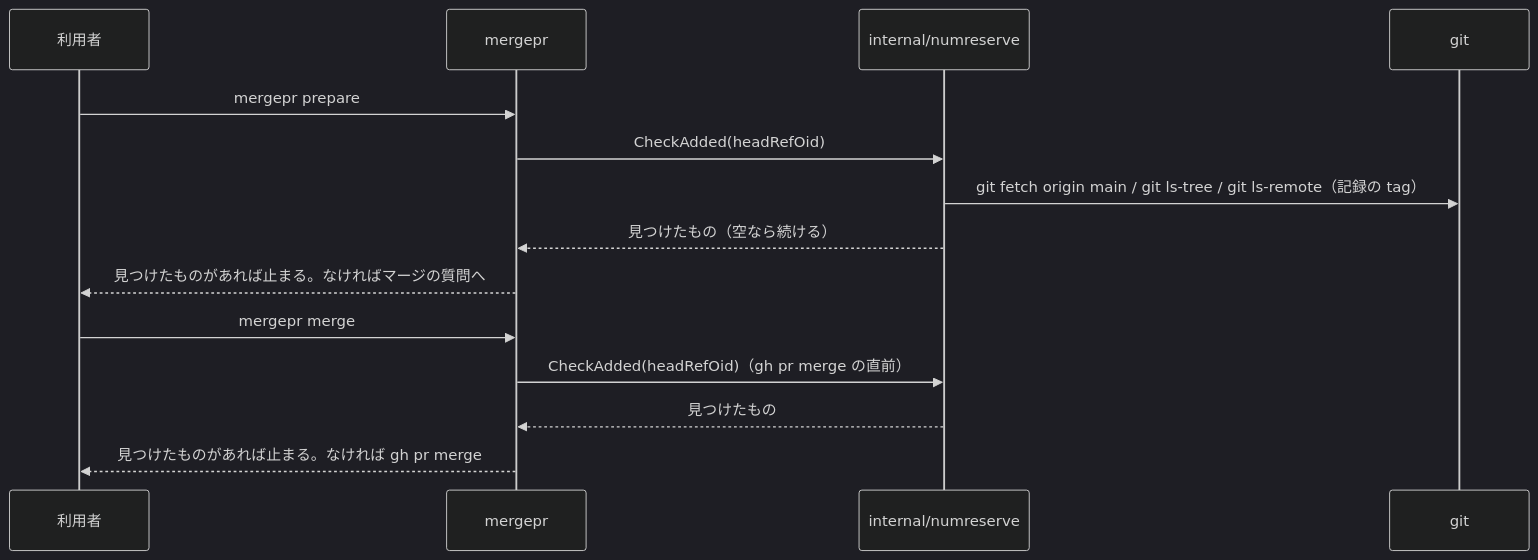
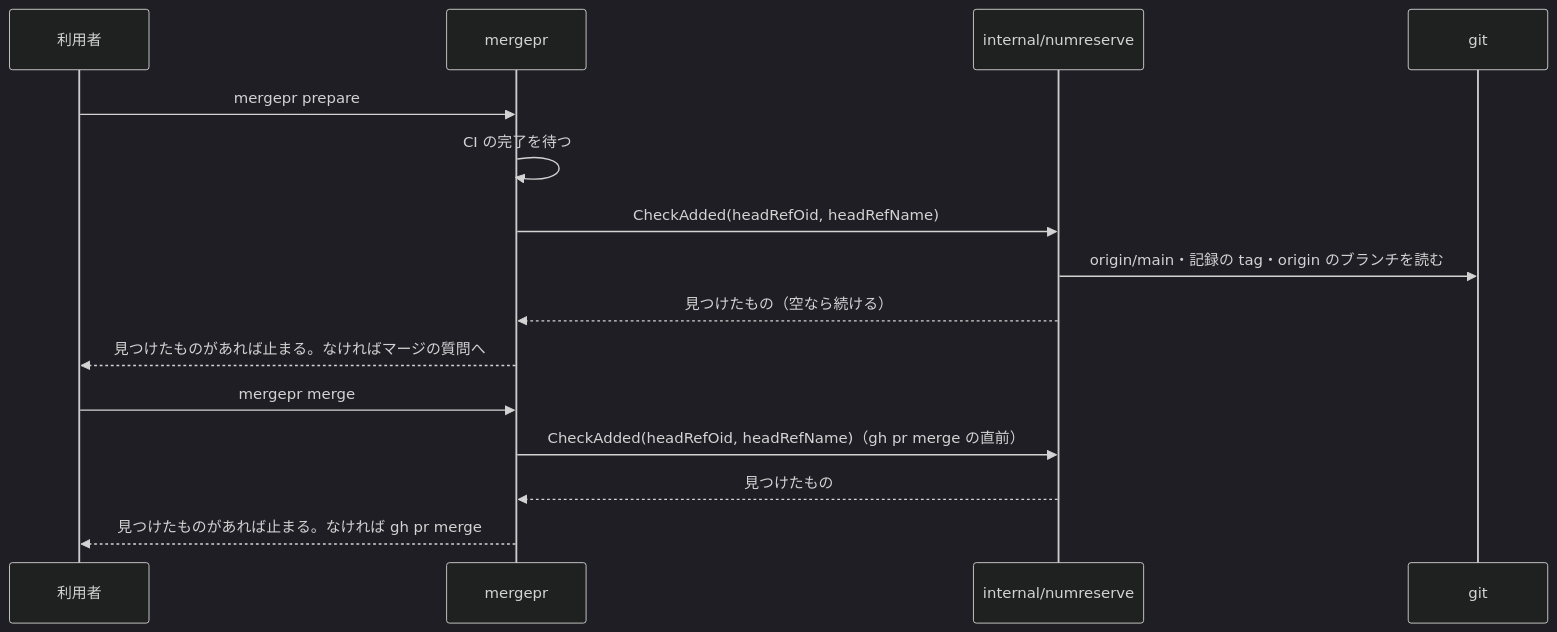
The sixth of 6 diagrams in docs/tasks/0100_number_reservation/02_architecture.md (isseis/yt2column), drawn with Mermaid (dark theme) before and after one commit. The commit also changed other lines of this file and 2 other files, not shown here.

First line of the commit message:
docs(0100): address architecture review findings and polish Japanese prose

````diff
--- a/docs/tasks/0100_number_reservation/02_architecture.md
+++ b/docs/tasks/0100_number_reservation/02_architecture.md
@@ -542,17 +643,18 @@
 ```mermaid
 sequenceDiagram
     participant U as 利用者
     participant M as mergepr
     participant N as internal/numreserve
     participant G as git
 
     U->>M: mergepr prepare
-    M->>N: CheckAdded(headRefOid)
-    N->>G: git fetch origin main / git ls-tree / git ls-remote（記録の tag）
+    M->>M: CI の完了を待つ
+    M->>N: CheckAdded(headRefOid, headRefName)
+    N->>G: origin/main・記録の tag・origin のブランチを読む
     N-->>M: 見つけたもの（空なら続ける）
     M-->>U: 見つけたものがあれば止まる。なければマージの質問へ
     U->>M: mergepr merge
-    M->>N: CheckAdded(headRefOid)（gh pr merge の直前）
+    M->>N: CheckAdded(headRefOid, headRefName)（gh pr merge の直前）
     N-->>M: 見つけたもの
     M-->>U: 見つけたものがあれば止まる。なければ gh pr merge
 ```
````
